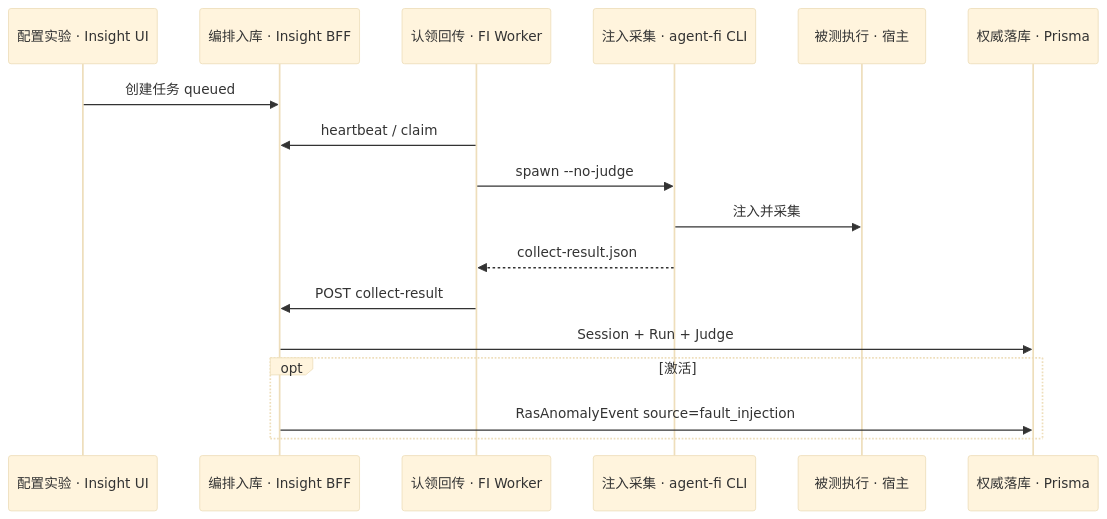
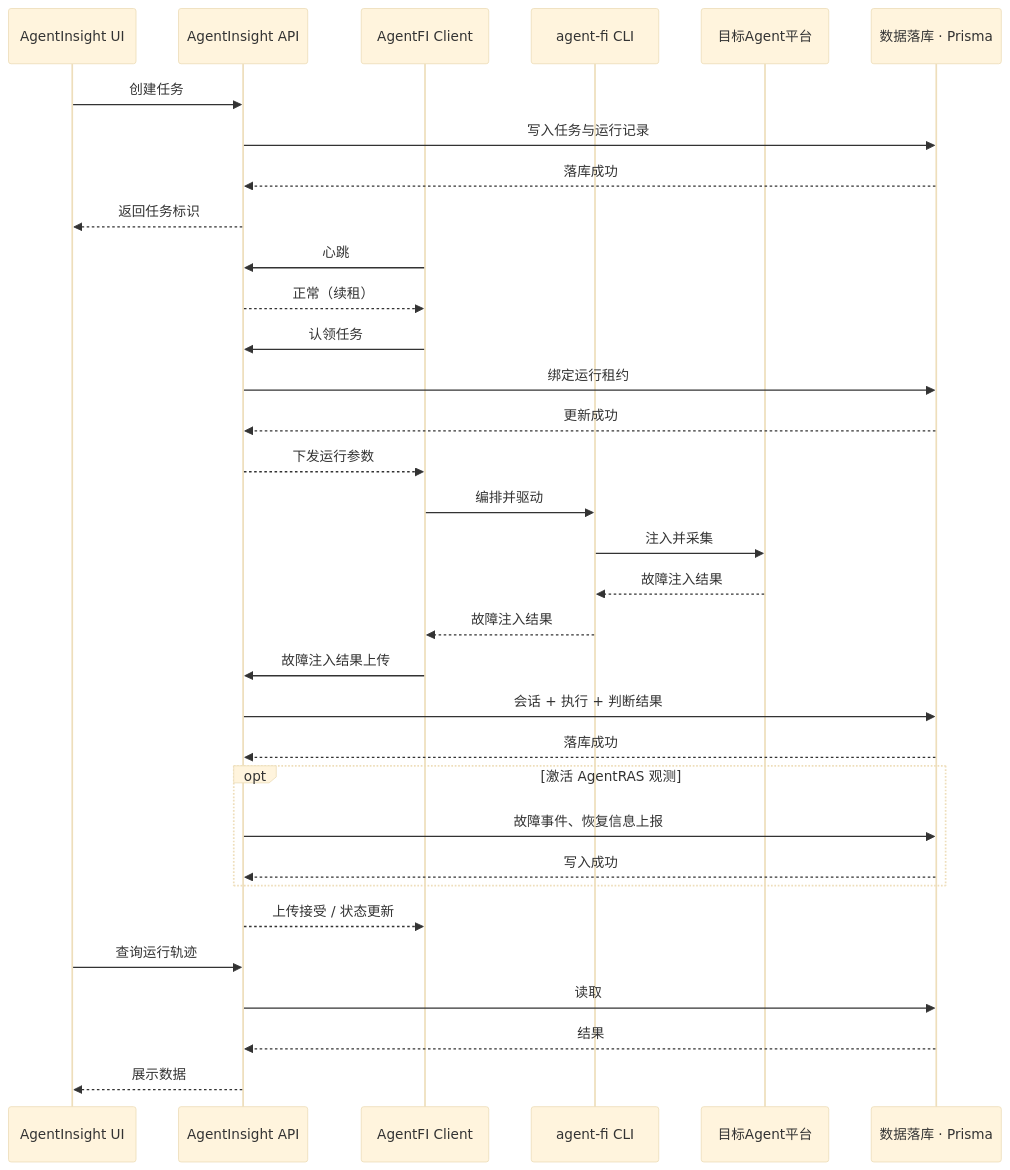
The eighth of 8 diagrams in docs/agent-fault-injection/designs/ras-fi-insight-relationship.md (openeuler-mirror/agent-insight), drawn with Mermaid (base theme) before and after one commit. The commit also changed other lines of this file and 56 other files, not shown here.

First line of the commit message:
feat(fi): 吸收 Judge 证据边界与 injection_tools 扁平化

````diff
--- a/docs/agent-fault-injection/designs/ras-fi-insight-relationship.md
+++ b/docs/agent-fault-injection/designs/ras-fi-insight-relationship.md
@@ -269,20 +373,41 @@
 ```mermaid
 sequenceDiagram
-  participant U as 配置实验 · Insight UI
-  participant N as 编排入库 · Insight BFF
-  participant W as 认领回传 · FI Worker
-  participant M as 注入采集 · agent-fi CLI
-  participant A as 被测执行 · 宿主
-  participant DB as 权威落库 · Prisma
+  participant U as AgentInsight UI
+  participant N as AgentInsight API
+  participant W as AgentFI Client
+  participant M as agent-fi CLI
+  participant A as 目标Agent平台
+  participant DB as 数据落库 · Prisma
 
-  U->>N: 创建任务 queued
-  W->>N: heartbeat / claim
-  W->>M: spawn --no-judge
+  U->>N: 创建任务
+  N->>DB: 写入任务与运行记录
+  DB-->>N: 落库成功
+  N-->>U: 返回任务标识
+
+  W->>N: 心跳
+  N-->>W: 正常（续租）
+
+  W->>N: 认领任务
+  N->>DB: 绑定运行租约
+  DB-->>N: 更新成功
+  N-->>W: 下发运行参数
+
+  W->>M: 编排并驱动
   M->>A: 注入并采集
-  M-->>W: collect-result.json
-  W->>N: POST collect-result
-  N->>DB: Session + Run + Judge
-  opt 激活
-    N->>DB: RasAnomalyEvent source=fault_injection
+  A-->>M: 故障注入结果
+  M-->>W: 故障注入结果
+
+  W->>N: 故障注入结果上传
+  N->>DB: 会话 + 执行 + 判断结果
+  DB-->>N: 落库成功
+  opt 激活 AgentRAS 观测
+    N->>DB: 故障事件、恢复信息上报
+    DB-->>N: 写入成功
   end
+  N-->>W: 上传接受 / 状态更新
+
+  U->>N: 查询运行轨迹
+  N->>DB: 读取
+  DB-->>N: 结果
+  N-->>U: 展示数据
 ```
````
